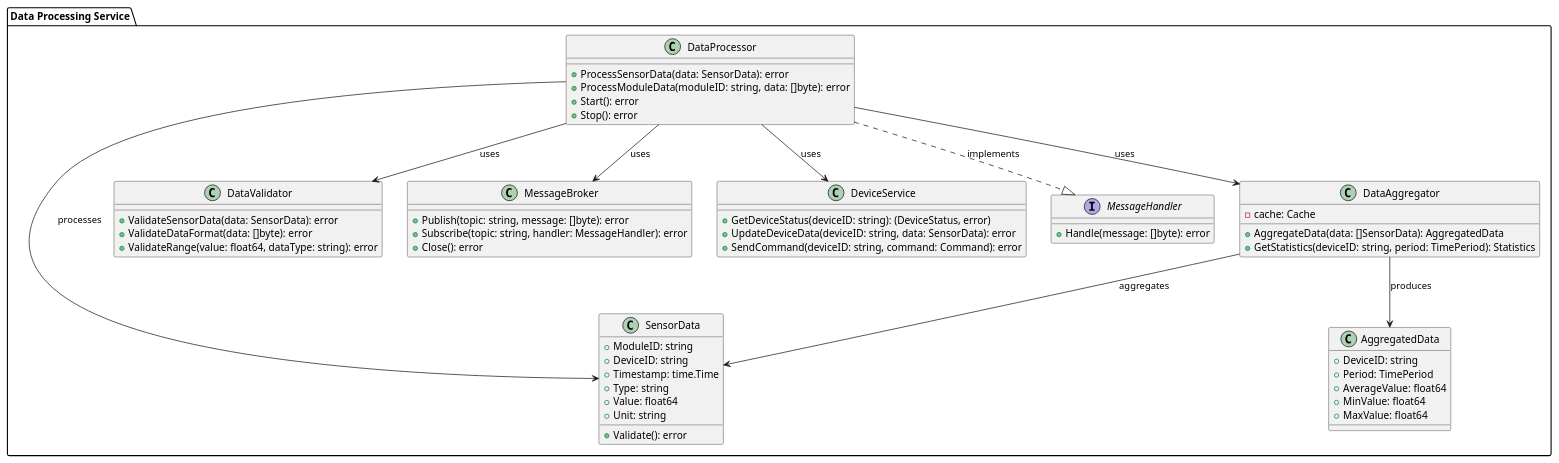
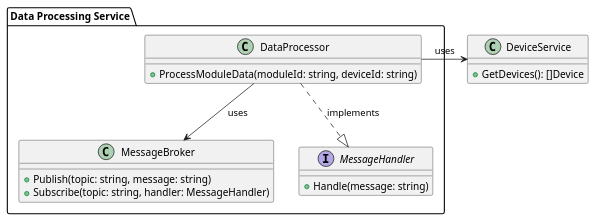
Before and after one commit to Madm1key/architecture-warmhouse: the diagram in diagram/code/SmartHome_DataProcessingService.puml, drawn with PlantUML. The commit also changed 1 other file, not shown here.

Commit message:
doc: обновлены диаграммы для сервиса обработки данных и добавлен новый сервис устройств

```diff
--- a/diagram/code/SmartHome_DataProcessingService.puml
+++ b/diagram/code/SmartHome_DataProcessingService.puml
@@ -1,69 +1,27 @@
 @startuml
 package "Data Processing Service" {
 
   class DataProcessor {
-    + ProcessSensorData(data: SensorData): error
-    + ProcessModuleData(moduleID: string, data: []byte): error
-    + Start(): error
-    + Stop(): error
-  }
-
-  class SensorData {
-    + ModuleID: string
-    + DeviceID: string
-    + Timestamp: time.Time
-    + Type: string
-    + Value: float64
-    + Unit: string
-    + Validate(): error
-  }
-
-  class DataValidator {
-    + ValidateSensorData(data: SensorData): error
-    + ValidateDataFormat(data: []byte): error
-    + ValidateRange(value: float64, dataType: string): error
+    + ProcessModuleData(moduleId: string, deviceId: string)
   }
 
   class MessageBroker {
-    + Publish(topic: string, message: []byte): error
-    + Subscribe(topic: string, handler: MessageHandler): error
-    + Close(): error
-  }
-
-  class DeviceService {
-    + GetDeviceStatus(deviceID: string): (DeviceStatus, error)
-    + UpdateDeviceData(deviceID: string, data: SensorData): error
-    + SendCommand(deviceID: string, command: Command): error
+    + Publish(topic: string, message: string)
+    + Subscribe(topic: string, handler: MessageHandler)
   }
 
   interface MessageHandler {
-    + Handle(message: []byte): error
-  }
-
-  class DataAggregator {
-    - cache: Cache
-    + AggregateData(data: []SensorData): AggregatedData
-    + GetStatistics(deviceID: string, period: TimePeriod): Statistics
-  }
-
-  class AggregatedData {
-    + DeviceID: string
-    + Period: TimePeriod
-    + AverageValue: float64
-    + MinValue: float64
-    + MaxValue: float64
+    + Handle(message: string)
   }
 
 }
 
+class DeviceService {
+  + GetDevices(): []Device
+}
+
 DataProcessor --> MessageBroker : uses
-DataProcessor --> DeviceService : uses
-DataProcessor --> DataValidator : uses
-DataProcessor --> SensorData : processes
+DataProcessor -right-> DeviceService : uses
 DataProcessor ..|> MessageHandler : implements
-DataProcessor --> DataAggregator : uses
-
-DataAggregator --> SensorData : aggregates
-DataAggregator --> AggregatedData : produces
 
 @enduml
```
